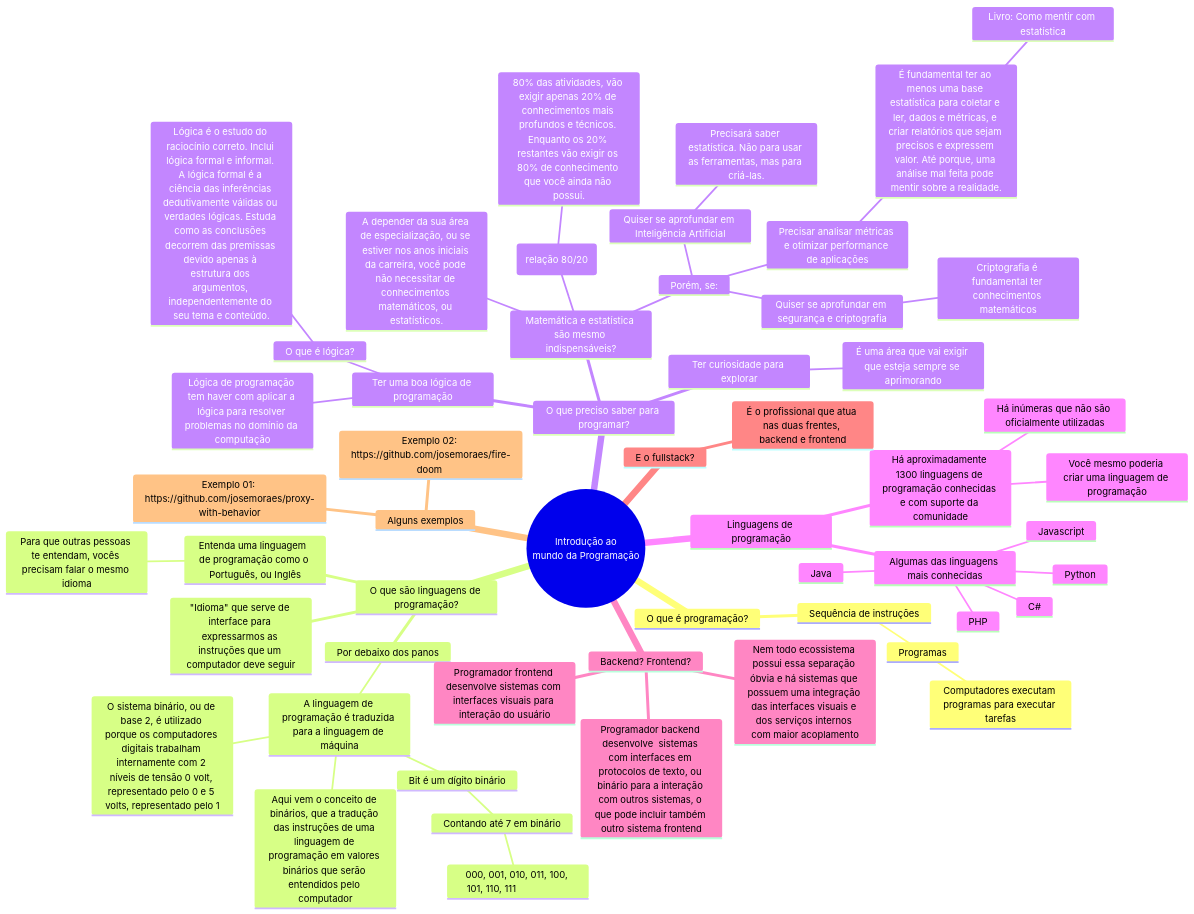
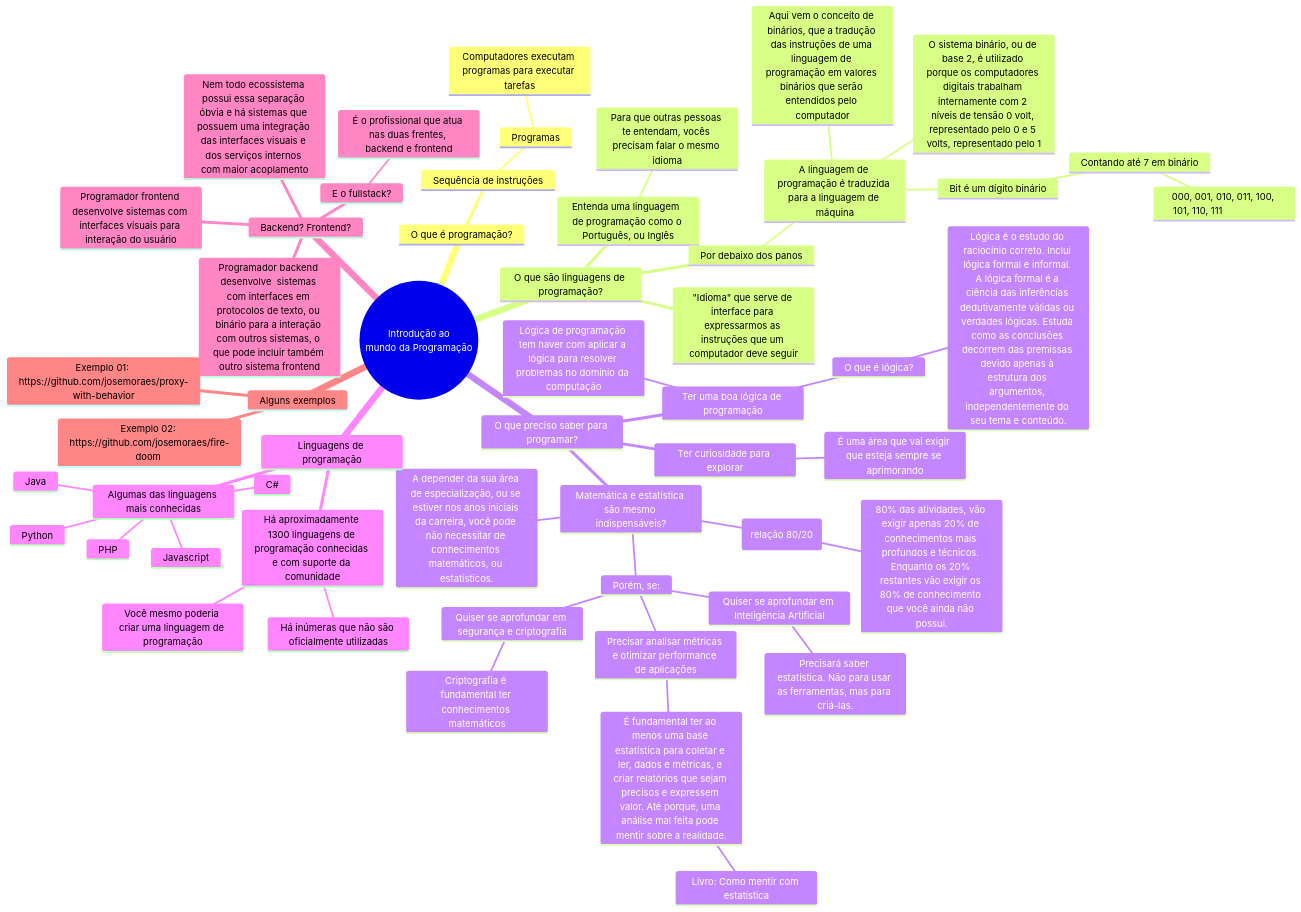
One commit to josemoraes/inspire-garage changed the diagram in mind-map.md. Above: the diagram before and after it, drawn with Mermaid. The commit also changed 1 other file, not shown here.

Commit message:
doc: mapa mental

````diff
--- a/mind-map.md
+++ b/mind-map.md
@@ -1,59 +1,59 @@
 ```mermaid
 mindmap
   root((Introdução ao <br/> mundo da Programação))
     O que é programação?
         Sequência de instruções
             Programas
                 Computadores executam programas para executar tarefas
     O que são linguagens de programação?
         "Idioma" que serve de interface para expressarmos as instruções que um computador deve seguir
         Entenda uma linguagem  de programação como o Português, ou Inglês
             Para que outras pessoas te entendam, vocês precisam falar o mesmo idioma
         Por debaixo dos panos
             A linguagem de programação é traduzida para a linguagem de máquina
                 Aqui vem o conceito de binários, que a tradução das instruções de uma linguagem de programação em valores binários que serão entendidos pelo computador
                 O sistema binário, ou de base 2, é utilizado porque os computadores digitais trabalham internamente com 2 níveis de tensão 0 volt, representado pelo 0 e 5 volts, representado pelo 1
                 Bit é um dígito binário
                     Contando até 7 em binário
                         000, 001, 010, 011, 100, 101, 110, 111                    
     O que preciso saber para programar?
         Ter uma boa lógica de programação
             O que é lógica?
                 Lógica é o estudo do raciocínio correto. Inclui lógica formal e informal. A lógica formal é a ciência das inferências dedutivamente válidas ou verdades lógicas. Estuda como as conclusões decorrem das premissas devido apenas à estrutura dos argumentos, independentemente do seu tema e conteúdo.
             Lógica de programação tem haver com aplicar a lógica para resolver problemas no domínio da computação
         Matemática e estatística são mesmo indispensáveis?
             Princípio de Pareto (relação 80/20)
                 80% das atividades, vão exigir apenas 20% de conhecimentos mais profundos e técnicos. Enquanto os 20% restantes vão exigir os 80% de conhecimento que você ainda não possui.
             A depender da sua área de especialização, ou se estiver nos anos iniciais da carreira, você pode não necessitar de conhecimentos matemáticos, ou estatísticos.
             Porém, se:
                 Quiser se aprofundar em Inteligência Artificial
                     Precisará saber estatística. Não para usar as ferramentas, mas para criá-las.
                 Quiser se aprofundar em segurança e criptografia
                     Criptografia é fundamental ter conhecimentos matemáticos
                 Precisar analisar métricas e otimizar performance de aplicações
                     É fundamental ter ao menos uma base estatística para coletar e ler, dados e métricas, e criar relatórios que sejam precisos e expressem valor. Até porque, uma análise mal feita pode mentir sobre a realidade.
                         Livro: Como mentir com estatística
         Ter curiosidade para explorar
             É uma área que vai exigir que esteja sempre se aprimorando
     Linguagens de programação
         Há aproximadamente 1300 linguagens de programação conhecidas e com suporte da comunidade
             Há inúmeras que não são oficialmente utilizadas
             Você mesmo poderia criar uma linguagem de programação
         Algumas das linguagens mais conhecidas
             Javascript
             Python
             C#
             Java
             PHP
     Backend? Frontend?
         Programador frontend desenvolve sistemas com interfaces visuais para interação do usuário
         Programador backend desenvolve  sistemas com interfaces em protocolos de texto, ou binário para a interação com outros sistemas, o que pode incluir também outro sistema frontend
         Nem todo ecossistema possui essa separação óbvia e há sistemas que possuem uma integração das interfaces visuais e dos serviços internos com maior acoplamento
-    E o fullstack?
-        É o profissional que atua nas duas frentes, backend e frontend
+        E o fullstack?
+            É o profissional que atua nas duas frentes, backend e frontend
     Alguns exemplos
         Exemplo 01: https://github.com/josemoraes/proxy-with-behavior
         Exemplo 02: https://github.com/josemoraes/fire-doom 
  
         
 ```
````
